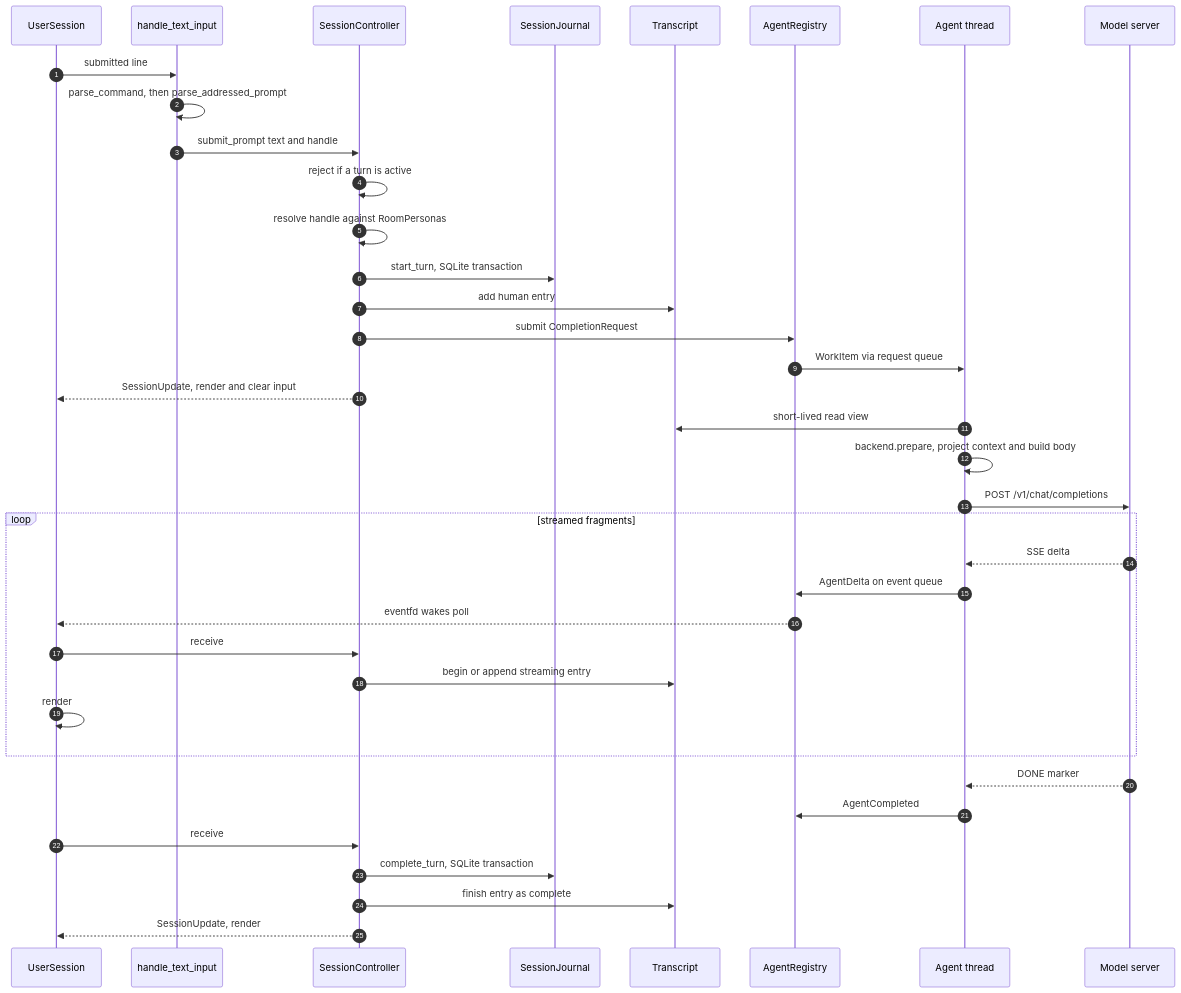
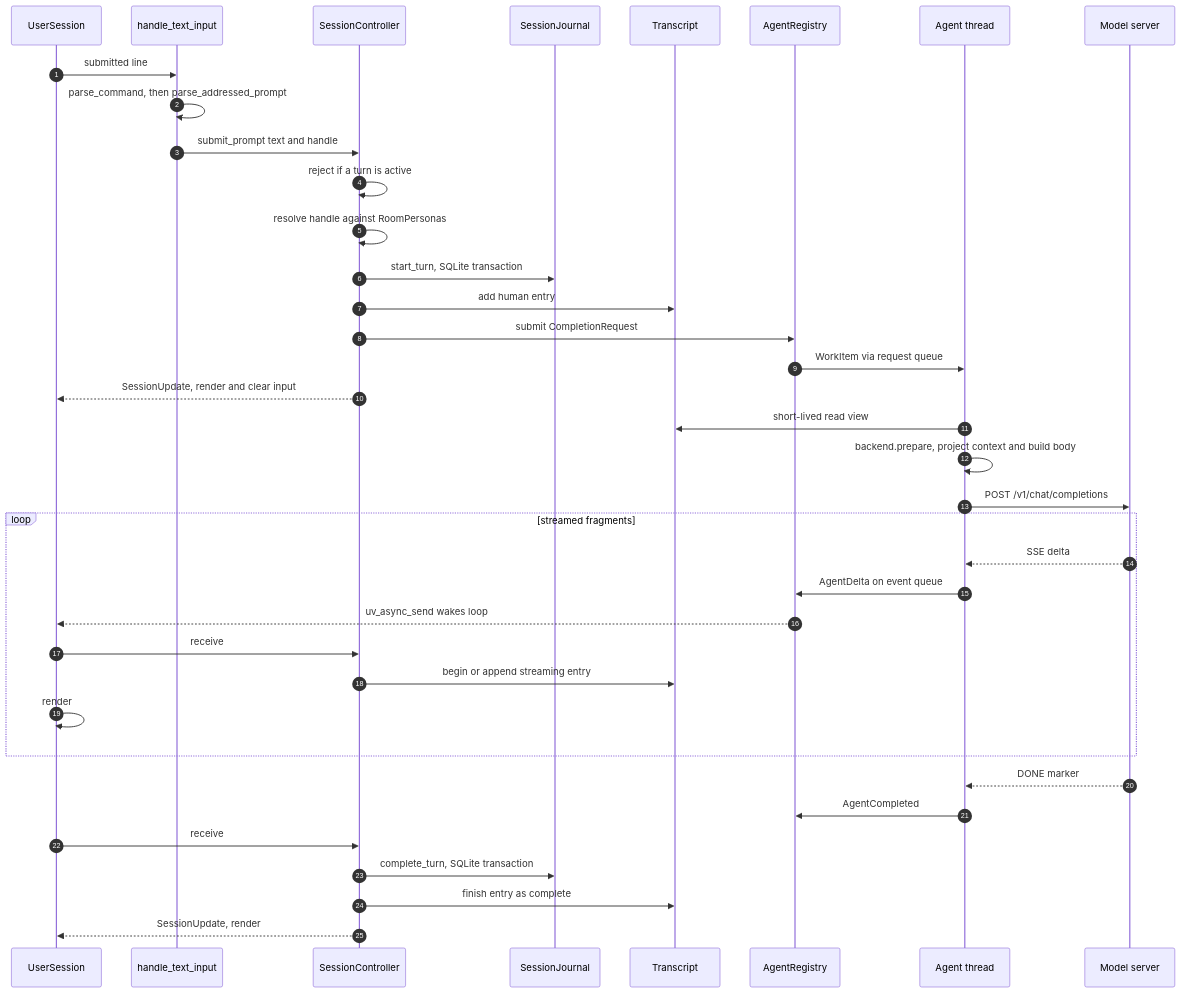
The third of 4 diagrams in src/README.md (michaelpopov/cha), drawn with Mermaid before and after one commit. The commit also changed other lines of this file and 32 other files, not shown here.

````diff
--- a/src/README.md
+++ b/src/README.md
@@ -214,41 +215,41 @@
 ```mermaid
 sequenceDiagram
     autonumber
     participant U as UserSession
     participant T as handle_text_input
     participant C as SessionController
     participant J as SessionJournal
     participant V as Transcript
     participant G as AgentRegistry
     participant W as Agent thread
     participant P as Model server
 
     U->>T: submitted line
     T->>T: parse_command, then parse_addressed_prompt
     T->>C: submit_prompt text and handle
     C->>C: reject if a turn is active
     C->>C: resolve handle against RoomPersonas
     C->>J: start_turn, SQLite transaction
     C->>V: add human entry
     C->>G: submit CompletionRequest
     G->>W: WorkItem via request queue
     C-->>U: SessionUpdate, render and clear input
 
     W->>V: short-lived read view
     W->>W: backend.prepare, project context and build body
     W->>P: POST /v1/chat/completions
     loop streamed fragments
         P-->>W: SSE delta
         W->>G: AgentDelta on event queue
-        G-->>U: eventfd wakes poll
+        G-->>U: uv_async_send wakes loop
         U->>C: receive
         C->>V: begin or append streaming entry
         U->>U: render
     end
     P-->>W: DONE marker
     W->>G: AgentCompleted
     U->>C: receive
     C->>J: complete_turn, SQLite transaction
     C->>V: finish entry as complete
     C-->>U: SessionUpdate, render
 ```
````
